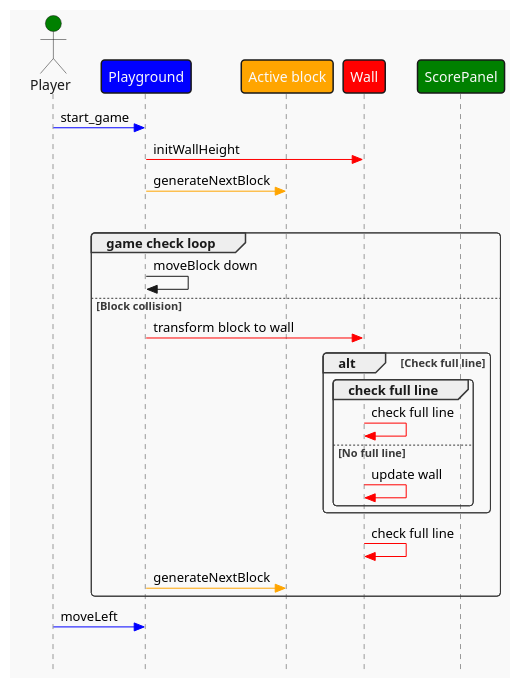
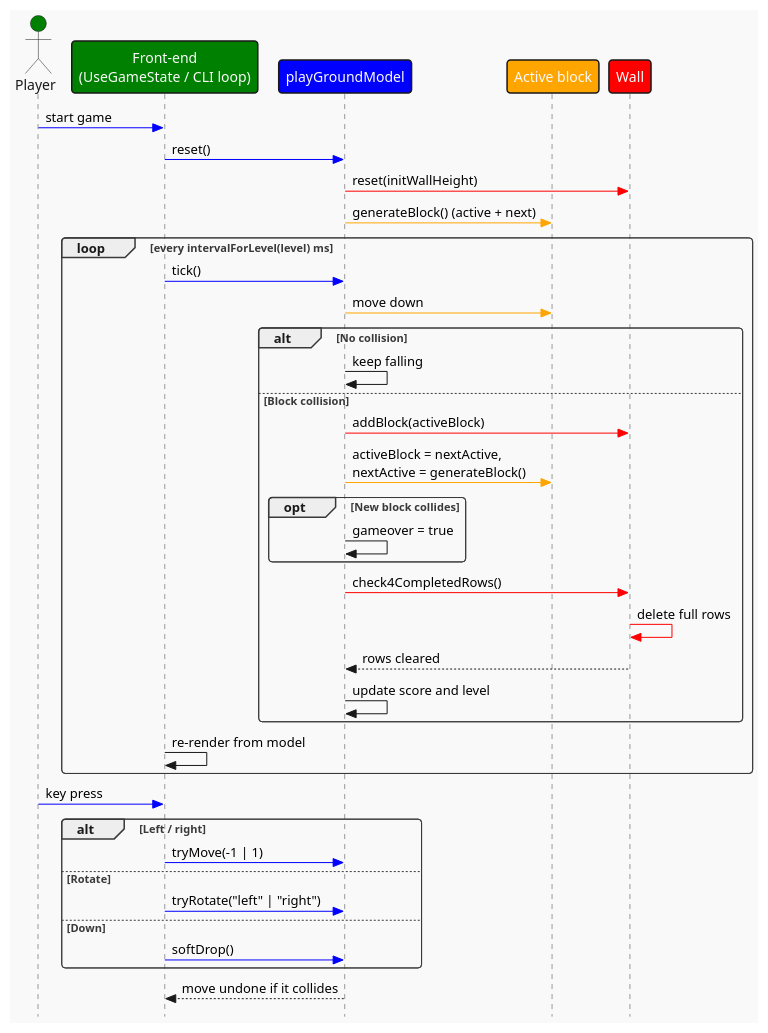
The diagram in doc/uml/start_game.puml (pertan4711/reactris), drawn with PlantUML before and after one commit. The commit also changed 4 other files, not shown here.

```diff
--- a/doc/uml/start_game.puml
+++ b/doc/uml/start_game.puml
@@ -1,33 +1,45 @@
 @startuml start_game
 !theme mars
 skinparam Style strictuml
 
 actor "Player" as Player #green
-participant "Playground" as Playground #blue
+participant "Front-end\n(UseGameState / CLI loop)" as Front #green
+participant "playGroundModel" as Playground #blue
 participant "Active block" as Block #orange
 participant "Wall" as Wall #red
-participant "ScorePanel" as Panel #green
 
-Player -[#blue]> Playground : start_game
-Playground -[#red]> Wall : initWallHeight
-Playground -[#orange]> Block : generateNextBlock
+Player -[#blue]> Front : start game
+Front -[#blue]> Playground : reset()
+Playground -[#red]> Wall : reset(initWallHeight)
+Playground -[#orange]> Block : generateBlock() (active + next)
 
-alt Check collision
-group game check loop
-    Playground -> Playground : moveBlock down
-else Block collision
-    Playground -[#red]> Wall : transform block to wall
-    alt Check full line
-    group check full line
-        Wall -[#red]> Wall : check full line
-    else No full line
-        Wall -[#red]> Wall : update wall
+loop every intervalForLevel(level) ms
+    Front -[#blue]> Playground : tick()
+    Playground -[#orange]> Block : move down
+    alt No collision
+        Playground -> Playground : keep falling
+    else Block collision
+        Playground -[#red]> Wall : addBlock(activeBlock)
+        Playground -[#orange]> Block : activeBlock = nextActive,\nnextActive = generateBlock()
+        opt New block collides
+            Playground -> Playground : gameover = true
+        end
+        Playground -[#red]> Wall : check4CompletedRows()
+        Wall -[#red]> Wall : delete full rows
+        Wall --> Playground : rows cleared
+        Playground -> Playground : update score and level
     end
-    end
-    Wall -[#red]> Wall : check full line
-    Playground -[#orange]> Block : generateNextBlock
+    Front -> Front : re-render from model
 end
 
-Player -[#blue]> Playground : moveLeft
-group 
+Player -[#blue]> Front : key press
+alt Left / right
+    Front -[#blue]> Playground : tryMove(-1 | 1)
+else Rotate
+    Front -[#blue]> Playground : tryRotate("left" | "right")
+else Down
+    Front -[#blue]> Playground : softDrop()
+end
+Playground --> Front : move undone if it collides
+
 @enduml
```
